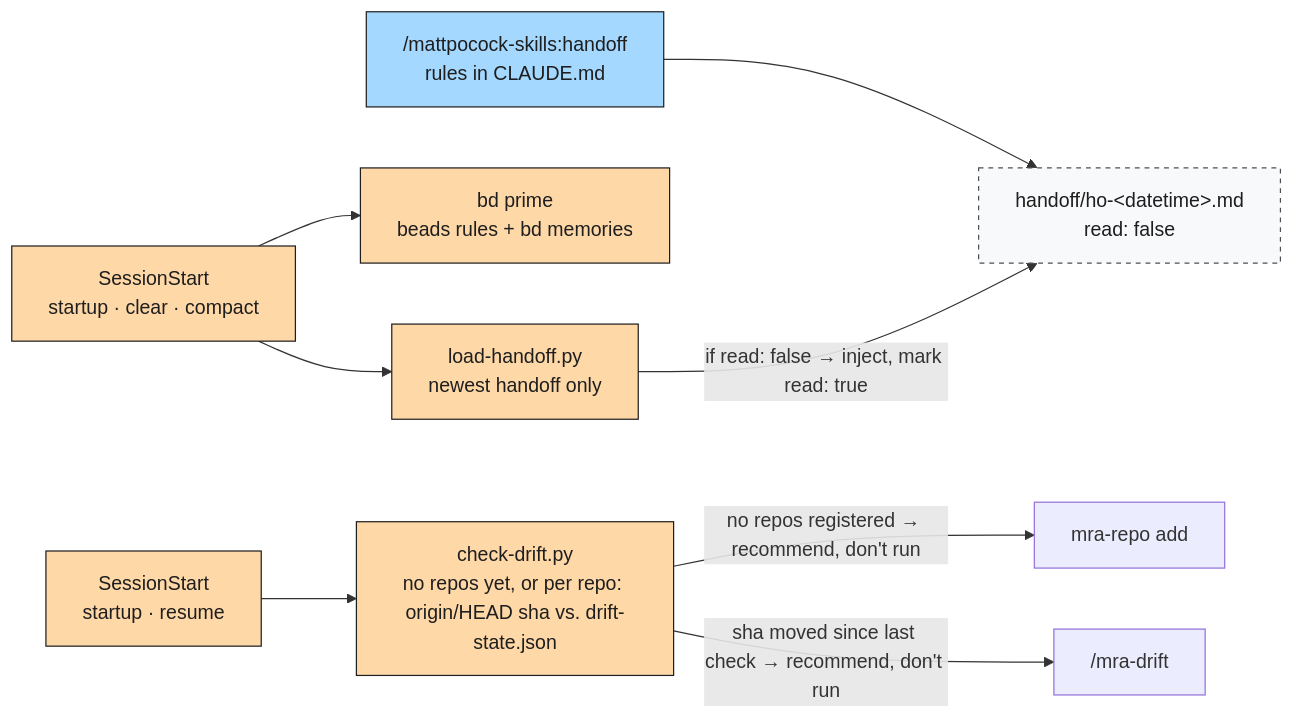
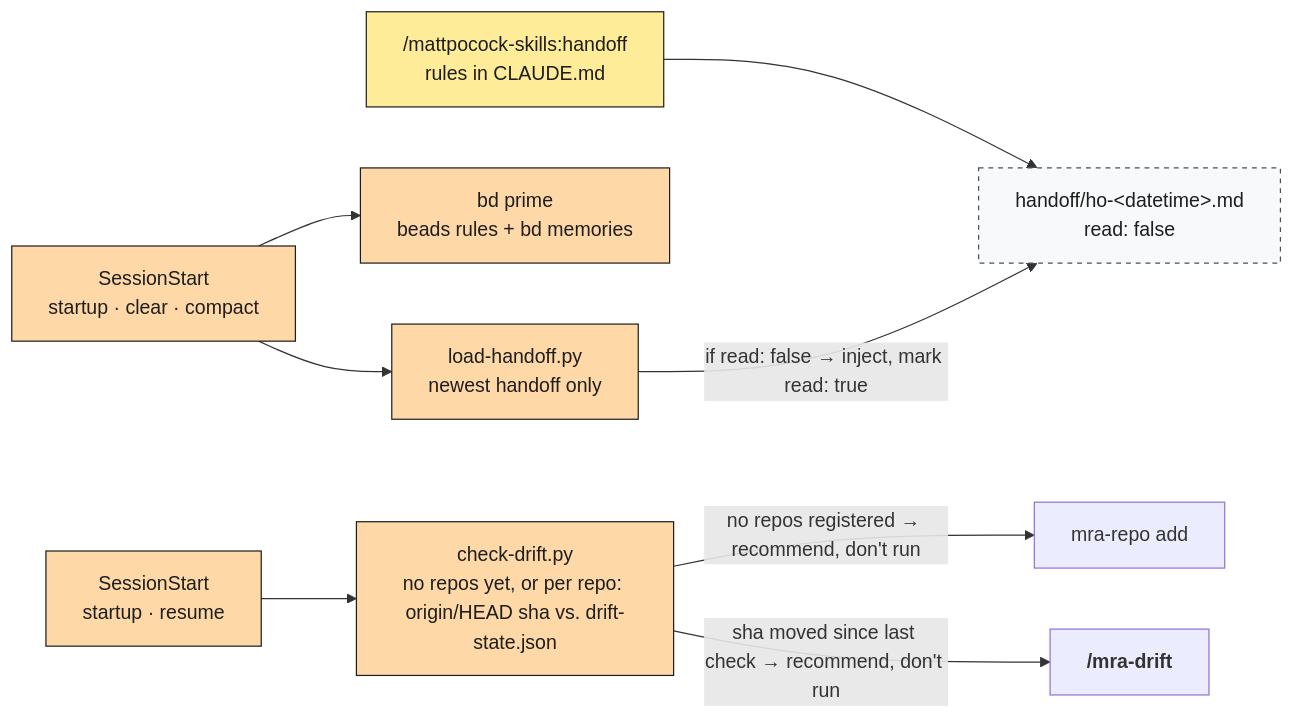
Before and after one commit to Ancora-Ancora/mra-flow: the fifth of 5 diagrams in payload/orchestrator/.mra-flow/docs/mra-flow.md, drawn with Mermaid. The commit also changed other lines of this file and 3 other files, not shown here.

First line of the commit message:
Colour the workflow diagram by skill family, add an Excalidraw version; release 0.1.18

````diff
--- a/payload/orchestrator/.mra-flow/docs/mra-flow.md
+++ b/payload/orchestrator/.mra-flow/docs/mra-flow.md
@@ -202,14 +235,15 @@
 ```mermaid
+%%{init: {"themeCSS": ".t{font-size:1.25em;font-weight:700} .bos,.bsp,.bmp,.bcu{padding:2px 6px} .bos{background:#a5d8ff} .bsp{background:#b2f2bb} .bmp{background:#ffec99} .bcu{background:#d0bfff}"}}%%
 flowchart LR
-    classDef mp fill:#a5d8ff,stroke:#1e1e1e,color:#1e1e1e
+    classDef mp fill:#ffec99,stroke:#1e1e1e,color:#1e1e1e
     classDef hook fill:#ffd8a8,stroke:#1e1e1e,color:#1e1e1e
     classDef art fill:#f8f9fa,stroke:#495057,stroke-dasharray:4 4,color:#1e1e1e
 
     ho["/mattpocock-skills:handoff<br/>rules in CLAUDE.md"]:::mp --> hf["handoff/ho-#lt;datetime#gt;.md<br/>read: false"]:::art
     ss["SessionStart<br/>startup · clear · compact"]:::hook --> bp["bd prime<br/>beads rules + bd memories"]:::hook
     ss --> lh["load-handoff.py<br/>newest handoff only"]:::hook
     lh -- "if read: false → inject, mark read: true" --> hf
     ss2["SessionStart<br/>startup · resume"]:::hook --> cd["check-drift.py<br/>no repos yet, or per repo: origin/HEAD sha vs. drift-state.json"]:::hook
     cd -- "no repos registered → recommend, don't run" --> mr["mra-repo add"]
-    cd -- "sha moved since last check → recommend, don't run" --> dr["/mra-drift"]
+    cd -- "sha moved since last check → recommend, don't run" --> dr["<b class='t'>/mra-drift</b>"]
 ```
````
